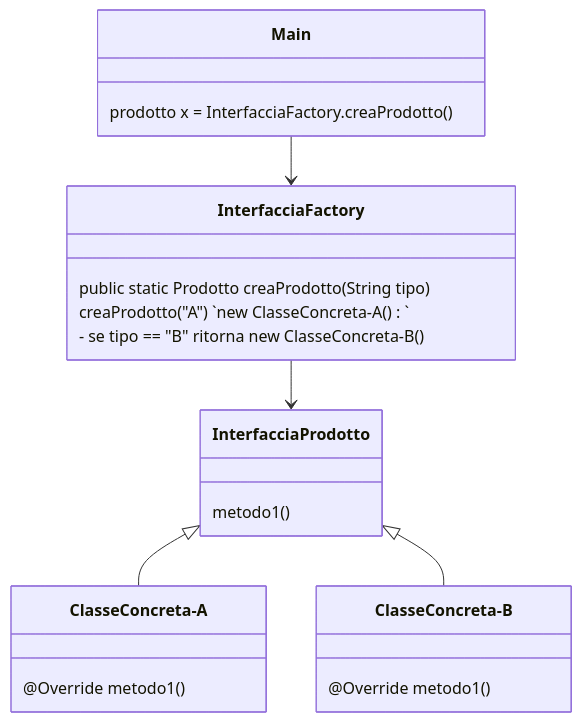
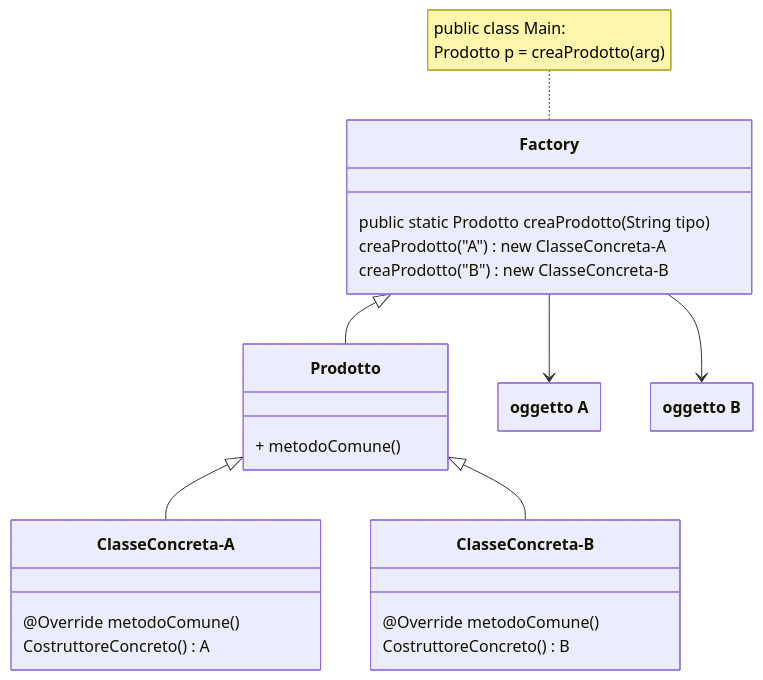
One commit to comarandr/comarandr.github.io changed the first of 7 diagrams in universita/oop.md. Above: the diagram before and after it, drawn with Mermaid. The commit also changed other lines of this file, not shown here.

````diff
--- a/universita/oop.md
+++ b/universita/oop.md
@@ -567,27 +567,37 @@
 ```mermaid
+---
+config:
+    class:
+        hideEmptyMembersBox: true
+---
 classDiagram
-    class InterfacciaProdotto{
-        metodo1()
-    }
+    note for Factory " public class Main: 
+     Prodotto p = creaProdotto(arg) "
+
     class ClasseConcreta-A{
-        @Override metodo1()
+        @Override metodoComune()
+        CostruttoreConcreto() A
     }
     class ClasseConcreta-B{
-        @Override metodo1()
+        @Override metodoComune()
+        CostruttoreConcreto() B
     }
-    class InterfacciaFactory{ 
+    class Factory{ 
         public static Prodotto creaProdotto(String tipo)
-        creaProdotto("A") `new ClasseConcreta-A()`
-        - se tipo == "B" ritorna new ClasseConcreta-B()
+        creaProdotto("A") new ClasseConcreta-A
+        creaProdotto("B") new ClasseConcreta-B
     }
 
-    class Main{
-        prodotto x = InterfacciaFactory.creaProdotto()
+    class Prodotto{
+        + metodoComune()
     }
 
+    Factory <|-- Prodotto
+    Prodotto <|-- ClasseConcreta-A
+    Prodotto <|-- ClasseConcreta-B
+    Factory --> `oggetto A`
+    Factory --> `oggetto B`
 
-    InterfacciaProdotto <|-- ClasseConcreta-A
-    InterfacciaProdotto <|-- ClasseConcreta-B
-    InterfacciaFactory --> InterfacciaProdotto
-    Main --> InterfacciaFactory
+    class `oggetto A`
+    class `oggetto B`
 ```
````
